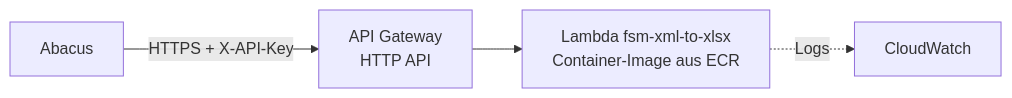
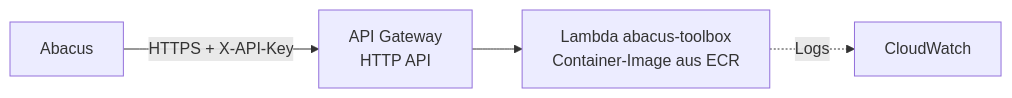
Before and after one commit to doodelidodo/abacus-toolbox: the diagram in docs/betrieb-aws-lambda.md, drawn with Mermaid. The commit also changed other lines of this file and 12 other files, not shown here.

Commit message:
Umbenennung in Abacus Toolbox

````diff
--- a/docs/betrieb-aws-lambda.md
+++ b/docs/betrieb-aws-lambda.md
@@ -7,6 +7,6 @@
 ```mermaid
 flowchart LR
     A[Abacus] -- "HTTPS + X-API-Key" --> G[API Gateway<br/>HTTP API]
-    G --> L[Lambda fsm-xml-to-xlsx<br/>Container-Image aus ECR]
+    G --> L[Lambda abacus-toolbox<br/>Container-Image aus ECR]
     L -. Logs .-> C[CloudWatch]
 ```
````
